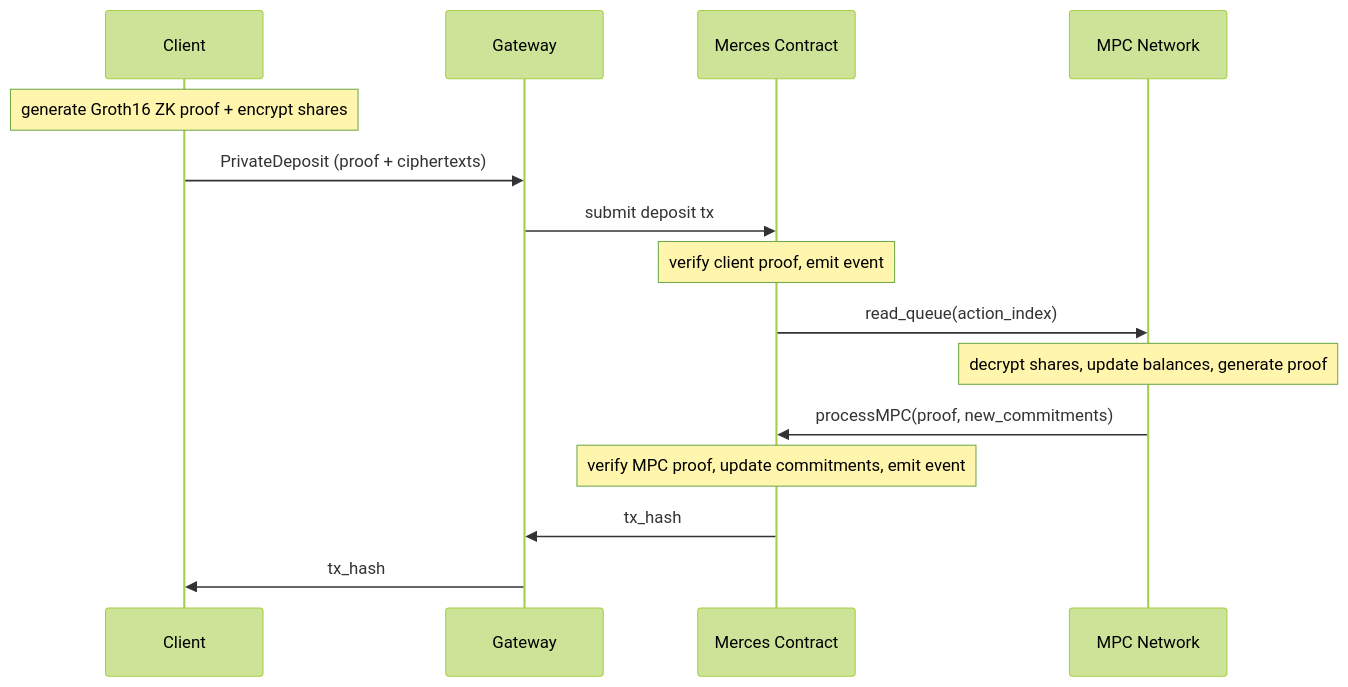
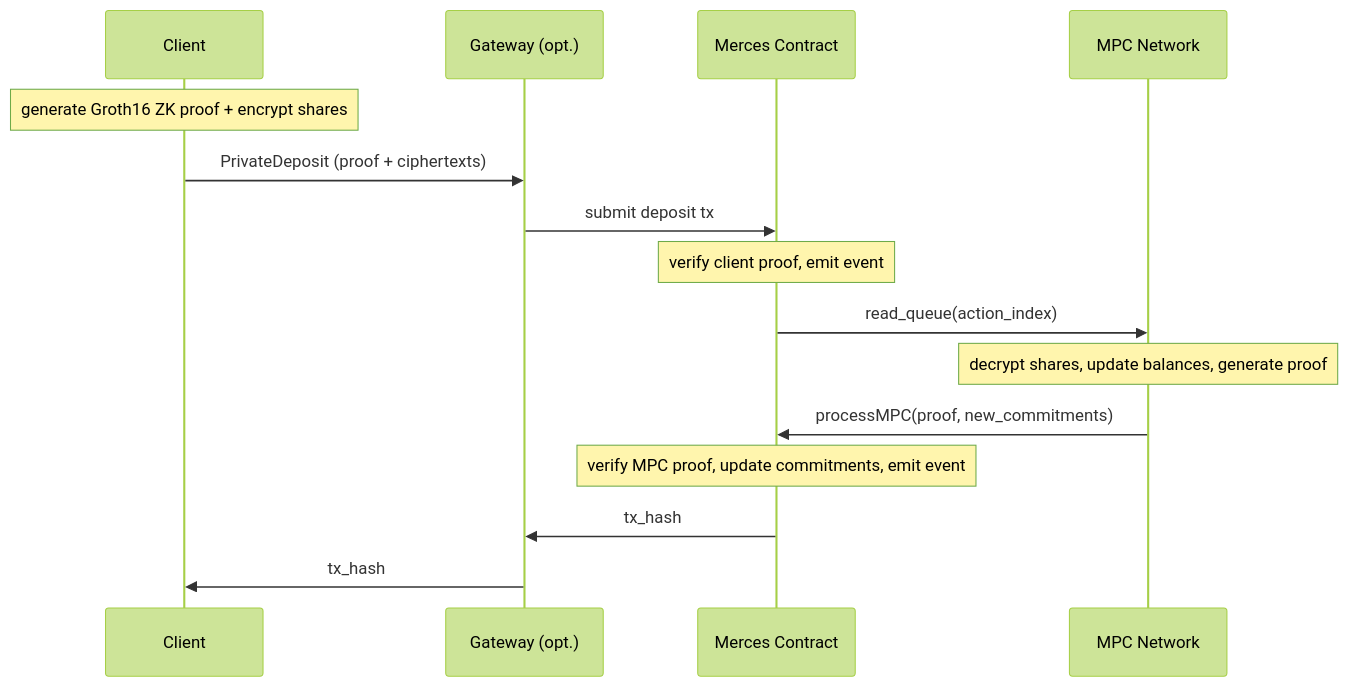
Before and after one commit to TaceoLabs/docs: the diagram in docs/finance-solutions/private-virtual-account/deposit-and-withdraw.mdx, drawn with Mermaid (forest theme). The commit also changed other lines of this file and 28 other files, not shown here.

````diff
--- a/docs/finance-solutions/private-virtual-account/deposit-and-withdraw.mdx
+++ b/docs/finance-solutions/private-virtual-account/deposit-and-withdraw.mdx
@@ -19,13 +19,13 @@
 ```mermaid
 sequenceDiagram
     Note over Client: generate Groth16 ZK proof + encrypt shares
-    Client->>Gateway: PrivateDeposit (proof + ciphertexts)
-    Gateway->>Merces Contract: submit deposit tx
+    Client->>Gateway (opt.): PrivateDeposit (proof + ciphertexts)
+    Gateway (opt.)->>Merces Contract: submit deposit tx
     Note over Merces Contract: verify client proof, emit event
     Merces Contract->>MPC Network: read_queue(action_index)
     Note over MPC Network: decrypt shares, update balances, generate proof
     MPC Network->>Merces Contract: processMPC(proof, new_commitments)
     Note over Merces Contract: verify MPC proof, update commitments, emit event
-    Merces Contract->>Gateway: tx_hash
-    Gateway->>Client: tx_hash
+    Merces Contract->>Gateway (opt.): tx_hash
+    Gateway (opt.)->>Client: tx_hash
 ```
````
